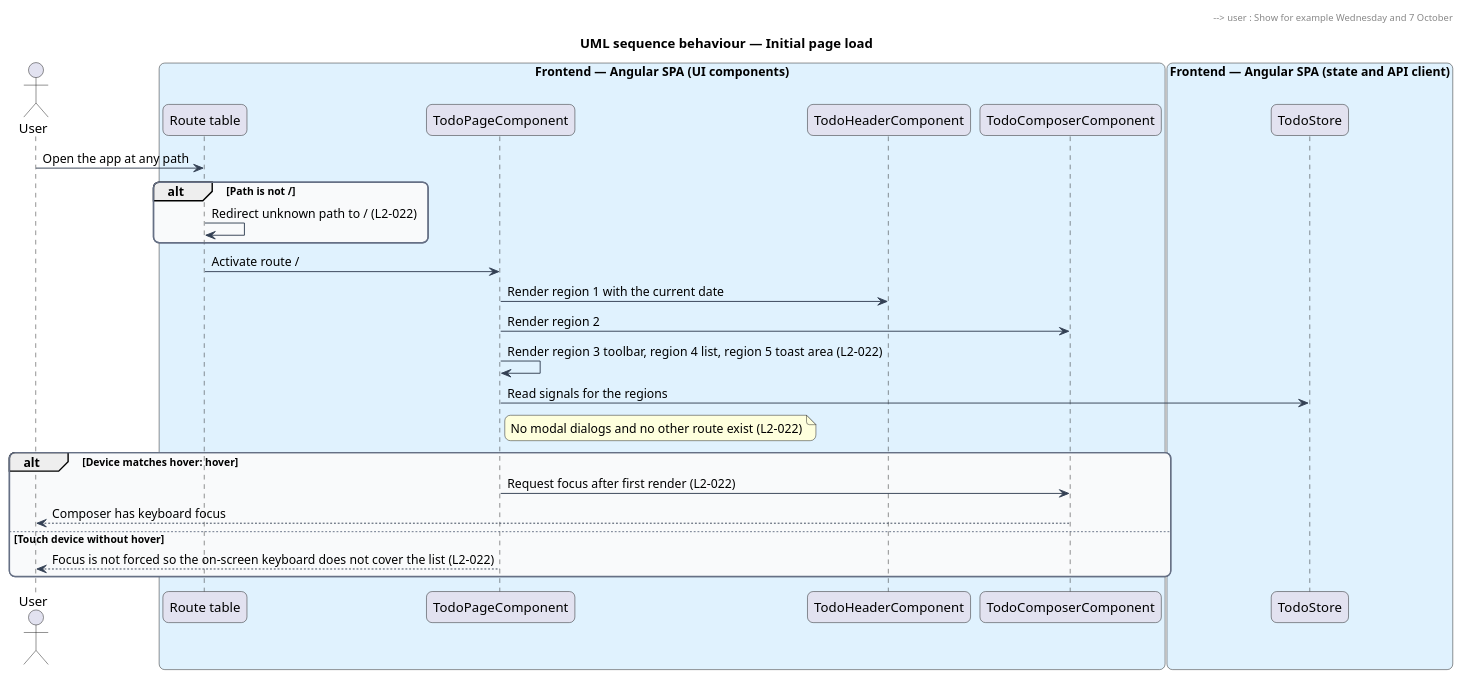
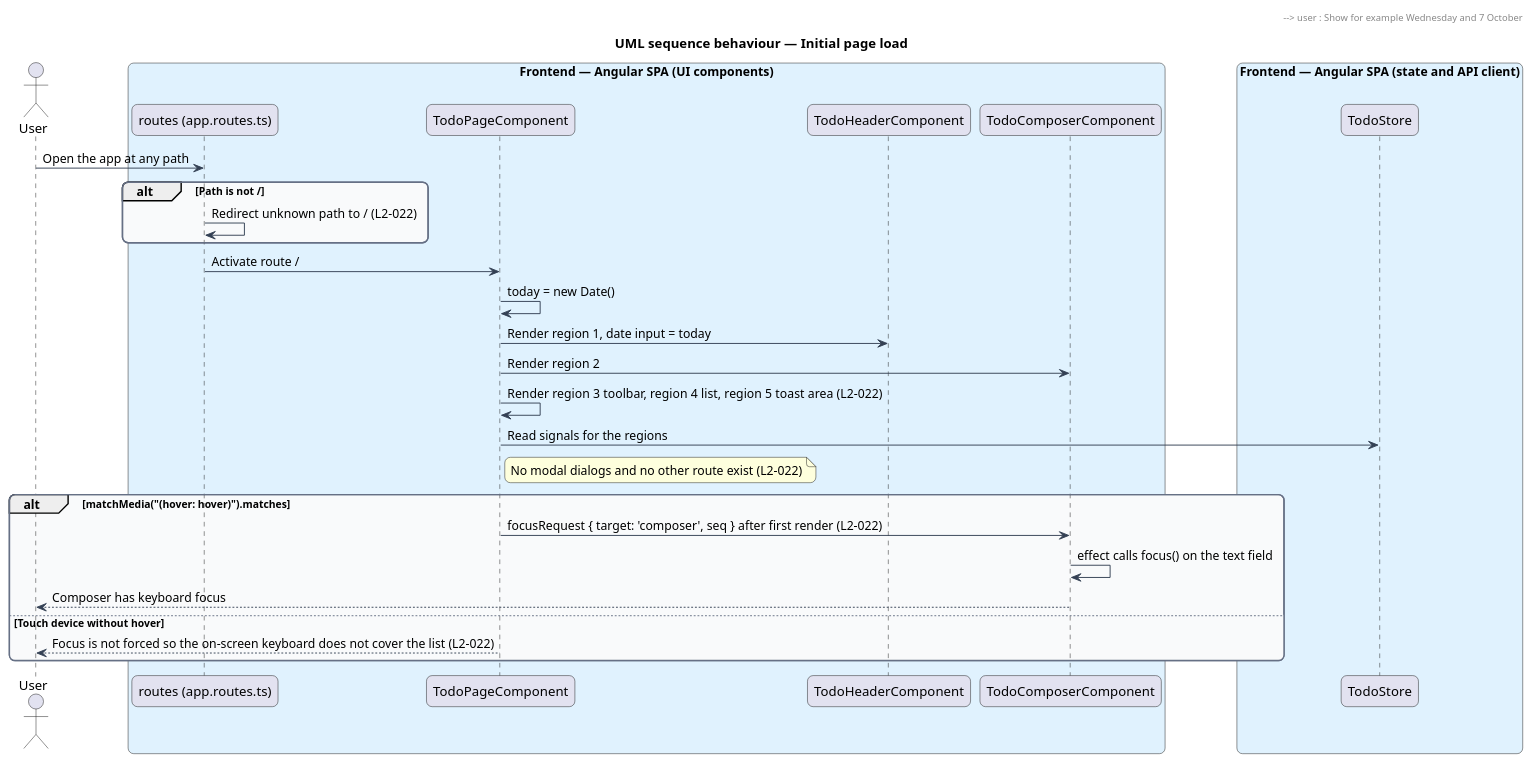
One commit to QuinntyneBrown/php-todo-lab changed the diagram in docs/detailed-designs/interface/single-screen-shell/diagrams/sequence-initial-page-load.puml. Above: the diagram before and after it, drawn with PlantUML. The commit also changed 189 other files, not shown here.

```diff
--- a/docs/detailed-designs/interface/single-screen-shell/diagrams/sequence-initial-page-load.puml
+++ b/docs/detailed-designs/interface/single-screen-shell/diagrams/sequence-initial-page-load.puml
@@ -1,47 +1,49 @@
 @startuml
 title UML sequence behaviour — Initial page load
 skinparam backgroundColor #FFFFFF
 skinparam shadowing false
 skinparam roundcorner 12
 skinparam defaultFontName Arial
 skinparam ArrowColor #344054
 skinparam rectangle {
   BorderColor #344054
   FontColor #101828
 }
 skinparam package {
   BorderColor #667085
   FontColor #101828
   BackgroundColor #F9FAFB
 }
 actor "User" as user
 box "Frontend — Angular SPA (UI components)" #E0F2FE
-  participant "Route table" as router
+  participant "routes (app.routes.ts)" as router
   participant "TodoPageComponent" as page
   participant "TodoHeaderComponent" as header
   participant "TodoComposerComponent" as composer
 end box
 box "Frontend — Angular SPA (state and API client)" #E0F2FE
   participant "TodoStore" as store
 end box
 user -> router : Open the app at any path
 alt Path is not /
   router -> router : Redirect unknown path to / (L2-022)
 end
 router -> page : Activate route /
-page -> header : Render region 1 with the current date
-header -> header : Format weekday and date in the user locale (L2-022)
+page -> page : today = new Date()
+page -> header : Render region 1, date input = today
+header -> header : toLocaleDateString(undefined, ...) for weekday and day month (L2-022)
 header --> user : Show for example Wednesday and 7 October
 page -> composer : Render region 2
 page -> page : Render region 3 toolbar, region 4 list, region 5 toast area (L2-022)
 page -> store : Read signals for the regions
 note right of page
   No modal dialogs and no other route exist (L2-022)
 end note
-alt Device matches hover: hover
-  page -> composer : Request focus after first render (L2-022)
+alt matchMedia("(hover: hover)").matches
+  page -> composer : focusRequest { target: 'composer', seq } after first render (L2-022)
+  composer -> composer : effect calls focus() on the text field
   composer --> user : Composer has keyboard focus
 else Touch device without hover
   page --> user : Focus is not forced so the on-screen keyboard does not cover the list (L2-022)
 end
 @enduml
```
